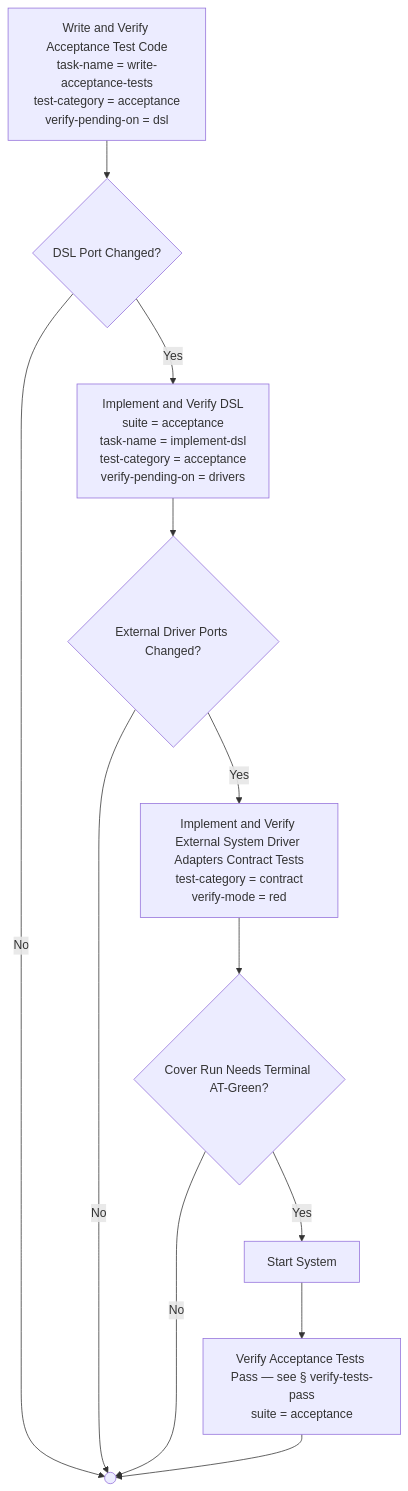
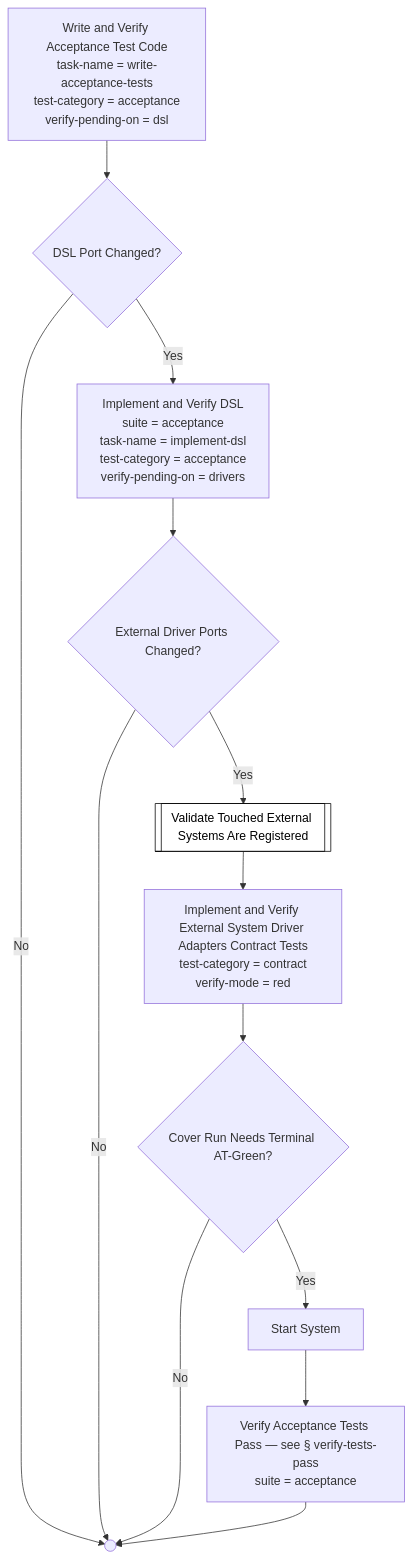
Diagram 15 of 51 in docs/process-diagram.md (optivem/gh-optivem), drawn with Mermaid before and after one commit. The commit also changed other lines of this file and 3 other files, not shown here.

Commit message:
atdd: regenerate process-flow diagram

````diff
--- a/docs/process-diagram.md
+++ b/docs/process-diagram.md
@@ -285,24 +285,29 @@
 ```mermaid
 flowchart TD
     WRITE_AND_VERIFY_ACCEPTANCE_TEST_CODE["Write and Verify Acceptance Test Code<br/>task-name = write-acceptance-tests<br/>test-category = acceptance<br/>verify-pending-on = dsl"]
     GATE_DSL_PORT_CHANGED{DSL Port Changed?}
     IMPLEMENT_AND_VERIFY_DSL["Implement and Verify DSL<br/>suite = acceptance<br/>task-name = implement-dsl<br/>test-category = acceptance<br/>verify-pending-on = drivers"]
     SHARED_CONTRACT_END(( ))
     GATE_EXTERNAL_DRIVER_PORTS_CHANGED{External Driver Ports Changed?}
+    VALIDATE_EXTERNAL_SYSTEMS_REGISTERED[[Validate Touched External Systems Are Registered]]
     IMPLEMENT_AND_VERIFY_EXTERNAL_DRIVER_ADAPTERS["Implement and Verify External System Driver Adapters Contract Tests<br/>test-category = contract<br/>verify-mode = red"]
     GATE_AT_TERMINAL_GREEN{Cover Run Needs Terminal AT-Green?}
     START_SYSTEM_AT_TERMINAL[Start System]
     VERIFY_TESTS_PASS_ACCEPTANCE_TERMINAL["Verify Acceptance Tests Pass — see § verify-tests-pass<br/>suite = acceptance"]
 
     WRITE_AND_VERIFY_ACCEPTANCE_TEST_CODE --> GATE_DSL_PORT_CHANGED
     GATE_DSL_PORT_CHANGED -- Yes --> IMPLEMENT_AND_VERIFY_DSL
     GATE_DSL_PORT_CHANGED -- No --> SHARED_CONTRACT_END
     IMPLEMENT_AND_VERIFY_DSL --> GATE_EXTERNAL_DRIVER_PORTS_CHANGED
-    GATE_EXTERNAL_DRIVER_PORTS_CHANGED -- Yes --> IMPLEMENT_AND_VERIFY_EXTERNAL_DRIVER_ADAPTERS
+    GATE_EXTERNAL_DRIVER_PORTS_CHANGED -- Yes --> VALIDATE_EXTERNAL_SYSTEMS_REGISTERED
     GATE_EXTERNAL_DRIVER_PORTS_CHANGED -- No --> SHARED_CONTRACT_END
+    VALIDATE_EXTERNAL_SYSTEMS_REGISTERED --> IMPLEMENT_AND_VERIFY_EXTERNAL_DRIVER_ADAPTERS
     IMPLEMENT_AND_VERIFY_EXTERNAL_DRIVER_ADAPTERS --> GATE_AT_TERMINAL_GREEN
     GATE_AT_TERMINAL_GREEN -- Yes --> START_SYSTEM_AT_TERMINAL
     GATE_AT_TERMINAL_GREEN -- No --> SHARED_CONTRACT_END
     START_SYSTEM_AT_TERMINAL --> VERIFY_TESTS_PASS_ACCEPTANCE_TERMINAL
     VERIFY_TESTS_PASS_ACCEPTANCE_TERMINAL --> SHARED_CONTRACT_END
+
+    classDef serviceNode fill:#ffffff,stroke:#000000,stroke-width:1px,color:#000000
+    class VALIDATE_EXTERNAL_SYSTEMS_REGISTERED serviceNode
 ```
````
